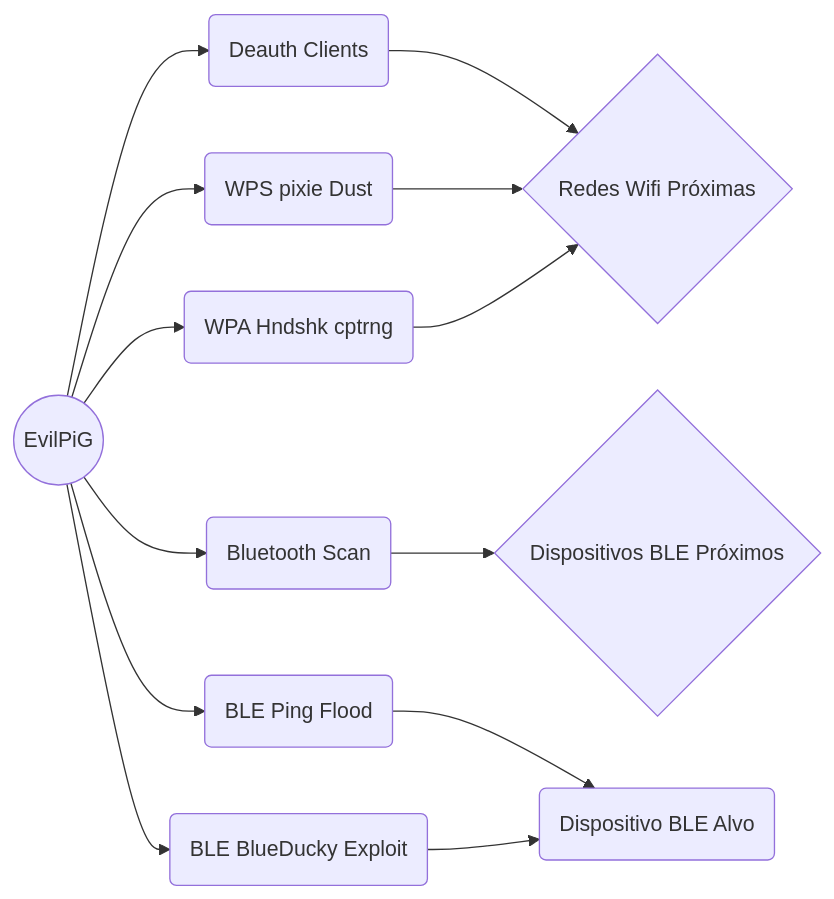
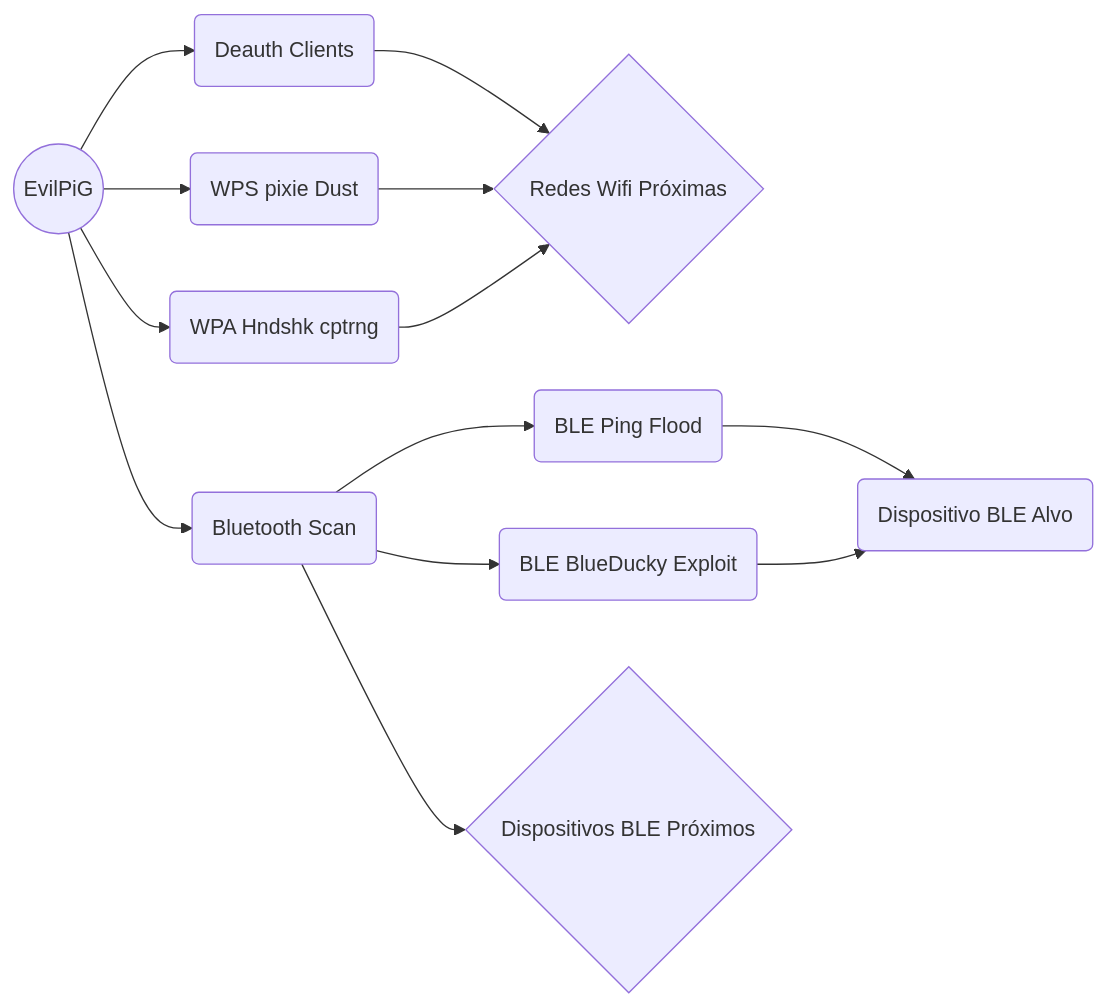
The diagram in README.md (Pasch0/EvilPiG), drawn with Mermaid before and after one commit.

Commit message:
Novo README + testes

````diff
--- a/README.md
+++ b/README.md
@@ -51,15 +51,15 @@
 ```mermaid
 graph LR
 A((EvilPiG)) --> B(Deauth Clients)
 A --> C(WPS pixie Dust)
 B --> D{Redes Wifi Próximas}
 C --> D
 A --> E(WPA Hndshk cptrng)
 E --> D
 A --> H(Bluetooth Scan)
-A --> F(BLE Ping Flood)
-A --> G(BLE BlueDucky Exploit)
+H --> F(BLE Ping Flood)
+H --> G(BLE BlueDucky Exploit)
 H --> I{Dispositivos BLE Próximos}
 F --> J(Dispositivo BLE Alvo)
 G --> J
 ```
````
